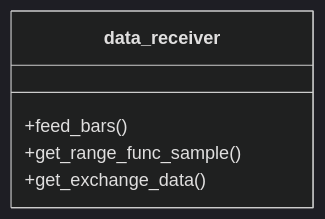
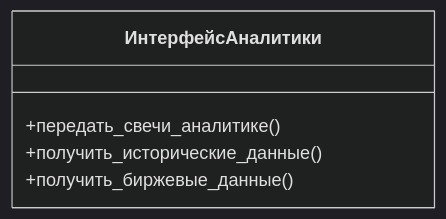
Before and after one commit to Marat22/MiriadRobotDocs: the ninth of 11 diagrams in controller-logic.md, drawn with Mermaid (dark theme). The commit also changed other lines of this file, not shown here.

````diff
--- a/controller-logic.md
+++ b/controller-logic.md
@@ -191,8 +202,8 @@
 ```mermaid
 classDiagram
-  class data_receiver{
-    +feed_bars()
-    +get_range_func_sample()
-    +get_exchange_data()
+  class ИнтерфейсАналитики{
+    +передать_свечи_аналитике()
+    +получить_исторические_данные()
+    +получить_биржевые_данные()
   }
 ```
````
